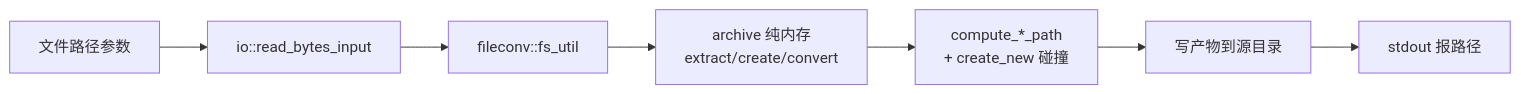
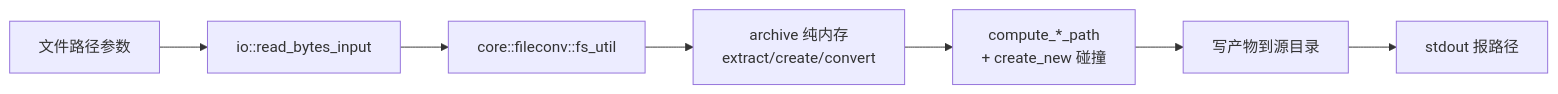
Before and after one commit to int2t05/NexToolkit: the sixth of 7 diagrams in docs/flow.md, drawn with Mermaid. The commit also changed other lines of this file and 57 other files, not shown here.

````diff
--- a/docs/flow.md
+++ b/docs/flow.md
@@ -92,9 +96,9 @@
 ```mermaid
 flowchart LR
   PATH["文件路径参数"] --> READ["io::read_bytes_input"]
-  READ --> FC["fileconv::fs_util"]
+  READ --> FC["core::fileconv::fs_util"]
   FC --> ARCHIVE["archive 纯内存<br/>extract/create/convert"]
   ARCHIVE --> COLLIDE["compute_*_path<br/>+ create_new 碰撞"]
   COLLIDE --> WRITE["写产物到源目录"]
   WRITE --> STDOUT["stdout 报路径"]
 ```
````
